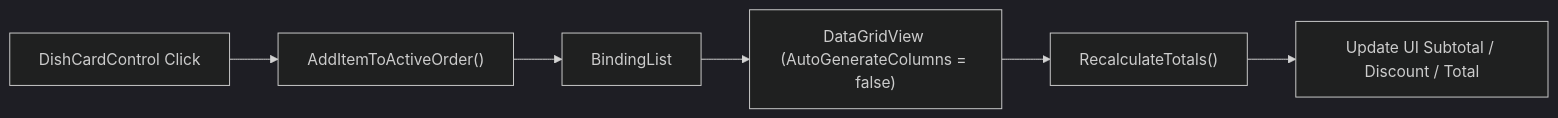
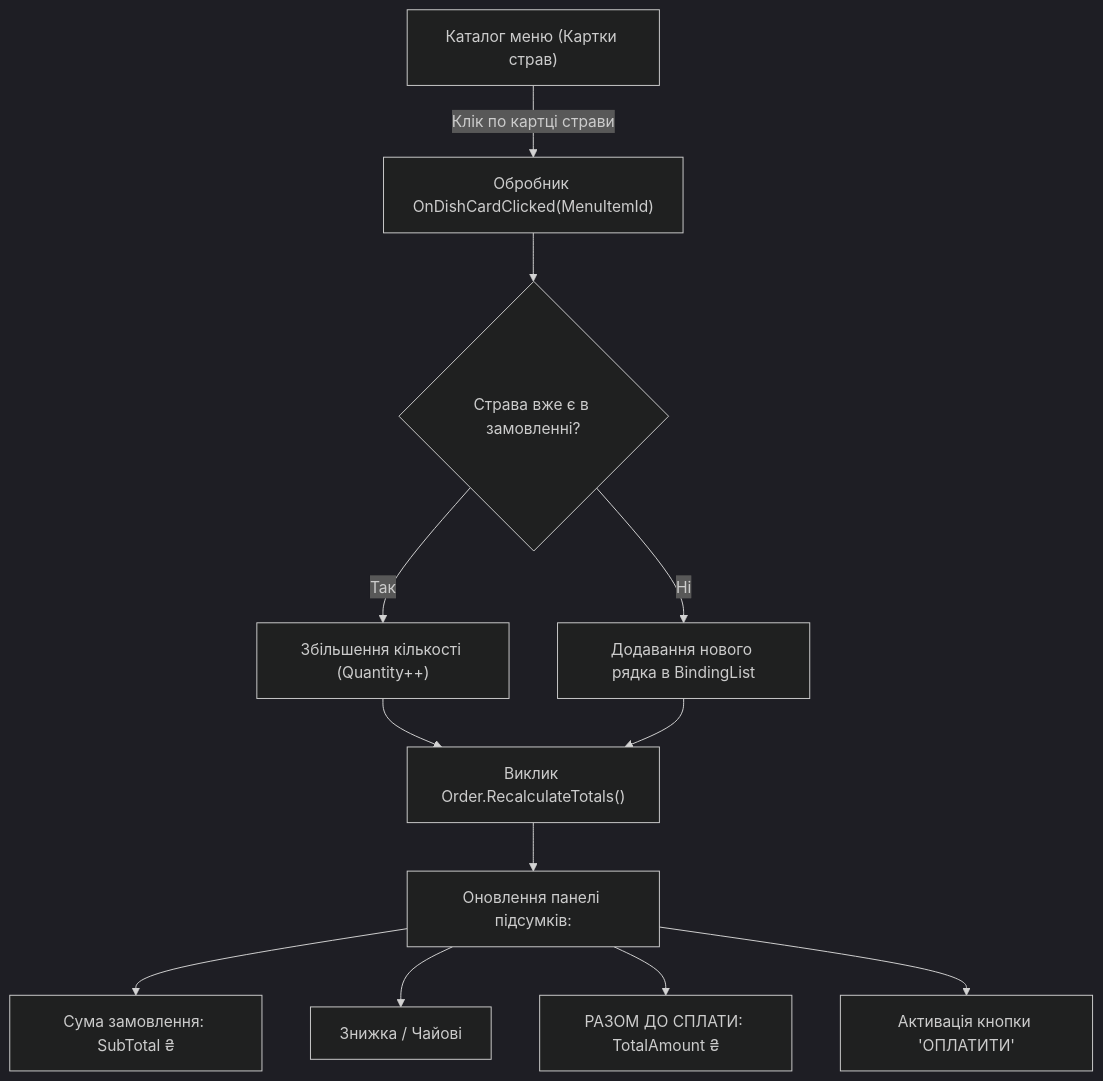
One commit to MrTomkaYurii/WinForms-HoReCa-Mastery changed the diagram in Docs/Lessons/06-pos-order-management-and-datagrid.md. Above: the diagram before and after it, drawn with Mermaid (dark theme). The commit also changed other lines of this file and 9 other files, not shown here.

Commit message:
docs(curriculum): Rewrite lessons 01-10 into comprehensive educational guides with Mermaid diagrams in Ukrainian

````diff
--- a/Docs/Lessons/06-pos-order-management-and-datagrid.md
+++ b/Docs/Lessons/06-pos-order-management-and-datagrid.md
@@ -11,8 +14,16 @@
 ```mermaid
-flowchart LR
-    MenuCard["DishCardControl Click"] --> AddItem["AddItemToActiveOrder()"]
-    AddItem --> ListBinding["BindingList<OrderItemViewModel>"]
-    ListBinding --> Grid["DataGridView (AutoGenerateColumns = false)"]
-    Grid --> Recalc["RecalculateTotals()"]
-    Recalc --> BillSummary["Update UI Subtotal / Discount / Total"]
+flowchart TD
+    Catalog["Каталог меню (Картки страв)"] -->|Клік по картці страви| AddItem["Обробник OnDishCardClicked(MenuItemId)"]
+    AddItem --> CheckExisting{"Страва вже є в замовленні?"}
+    CheckExisting -- Так --> Increment["Збільшення кількості (Quantity++)"]
+    CheckExisting -- Ні --> AppendRow["Додавання нового рядка в BindingList<OrderItemDto>"]
+    
+    Increment --> Recalc["Виклик Order.RecalculateTotals()"]
+    AppendRow --> Recalc
+    
+    Recalc --> RefreshUI["Оновлення панелі підсумків:"]
+    RefreshUI --> S1["Сума замовлення: SubTotal ₴"]
+    RefreshUI --> S2["Знижка / Чайові"]
+    RefreshUI --> S3["РАЗОМ ДО СПЛАТИ: TotalAmount ₴"]
+    RefreshUI --> EnablePay["Активація кнопки 'ОПЛАТИТИ'"]
 ```
````
